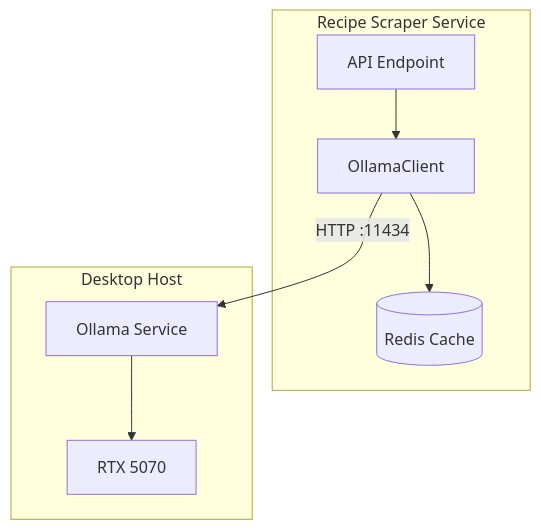
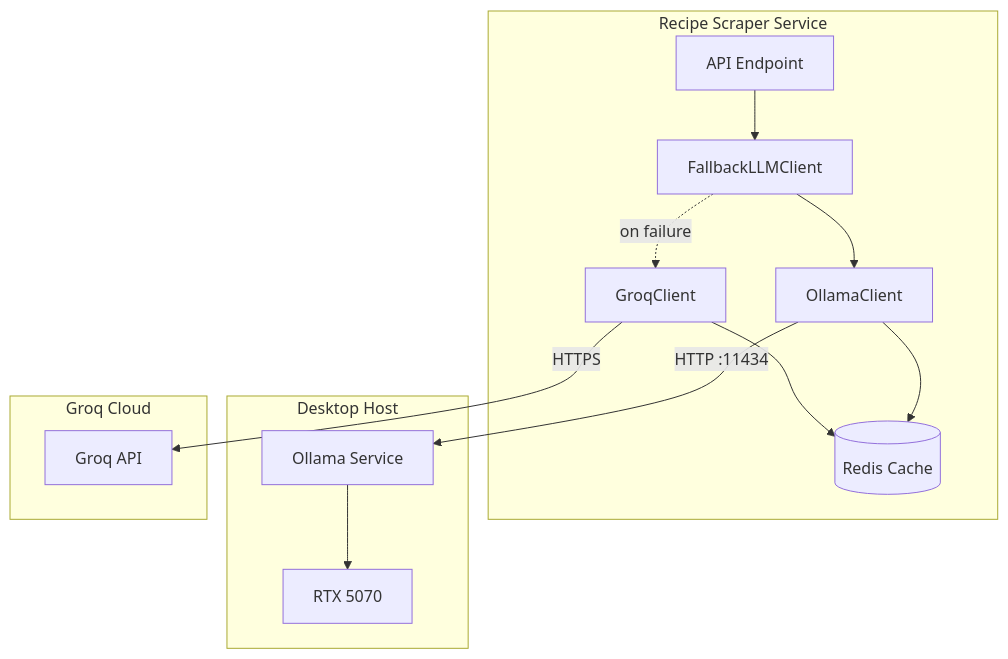
One commit to Recipe-Web-App/recipe-scraper-service changed the first of 3 diagrams in docs/llm.md. Above: the diagram before and after it, drawn with Mermaid. The commit also changed other lines of this file and 16 other files, not shown here.

````diff
--- a/docs/llm.md
+++ b/docs/llm.md
@@ -17,18 +27,28 @@
 ```mermaid
 flowchart TB
     subgraph Service["Recipe Scraper Service"]
         Endpoint[API Endpoint]
-        LLMClient[OllamaClient]
+        Fallback[FallbackLLMClient]
+        Primary[OllamaClient]
+        Secondary[GroqClient]
         Cache[(Redis Cache)]
     end
 
     subgraph Host["Desktop Host"]
         Ollama[Ollama Service]
         GPU[RTX 5070]
     end
 
-    Endpoint --> LLMClient
-    LLMClient --> Cache
-    LLMClient -->|"HTTP :11434"| Ollama
+    subgraph Cloud["Groq Cloud"]
+        GroqAPI[Groq API]
+    end
+
+    Endpoint --> Fallback
+    Fallback --> Primary
+    Fallback -.->|"on failure"| Secondary
+    Primary --> Cache
+    Secondary --> Cache
+    Primary -->|"HTTP :11434"| Ollama
+    Secondary -->|"HTTPS"| GroqAPI
     Ollama --> GPU
 ```
````
